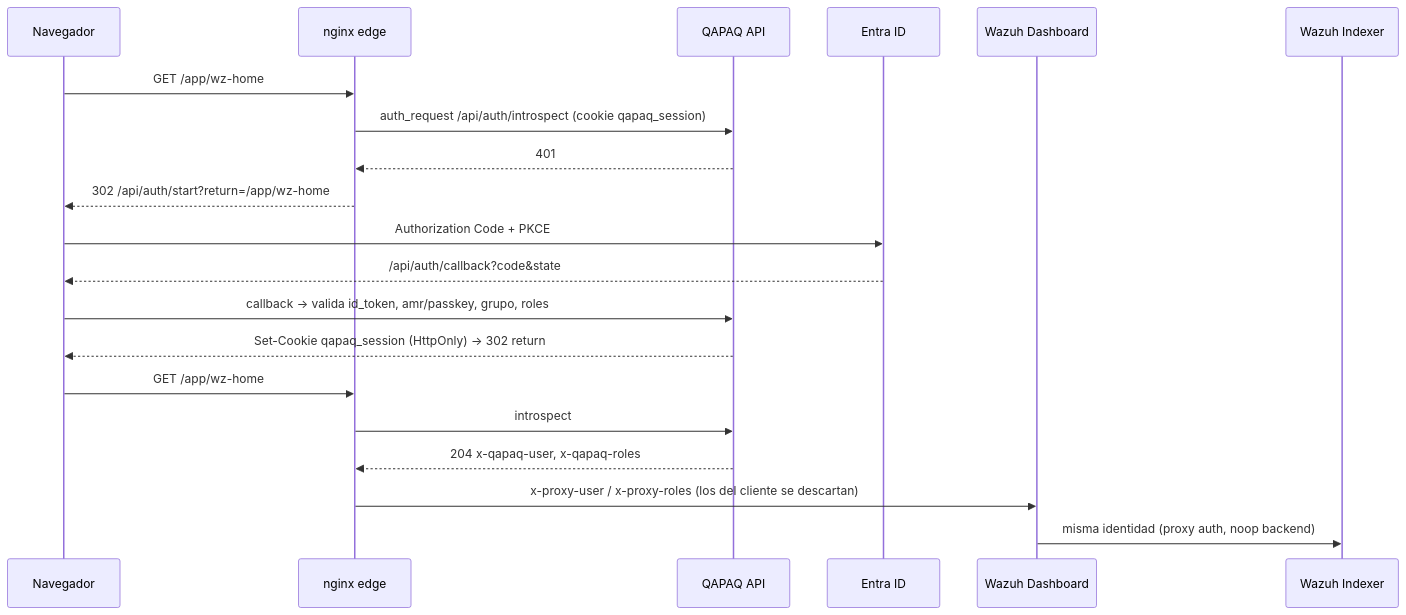
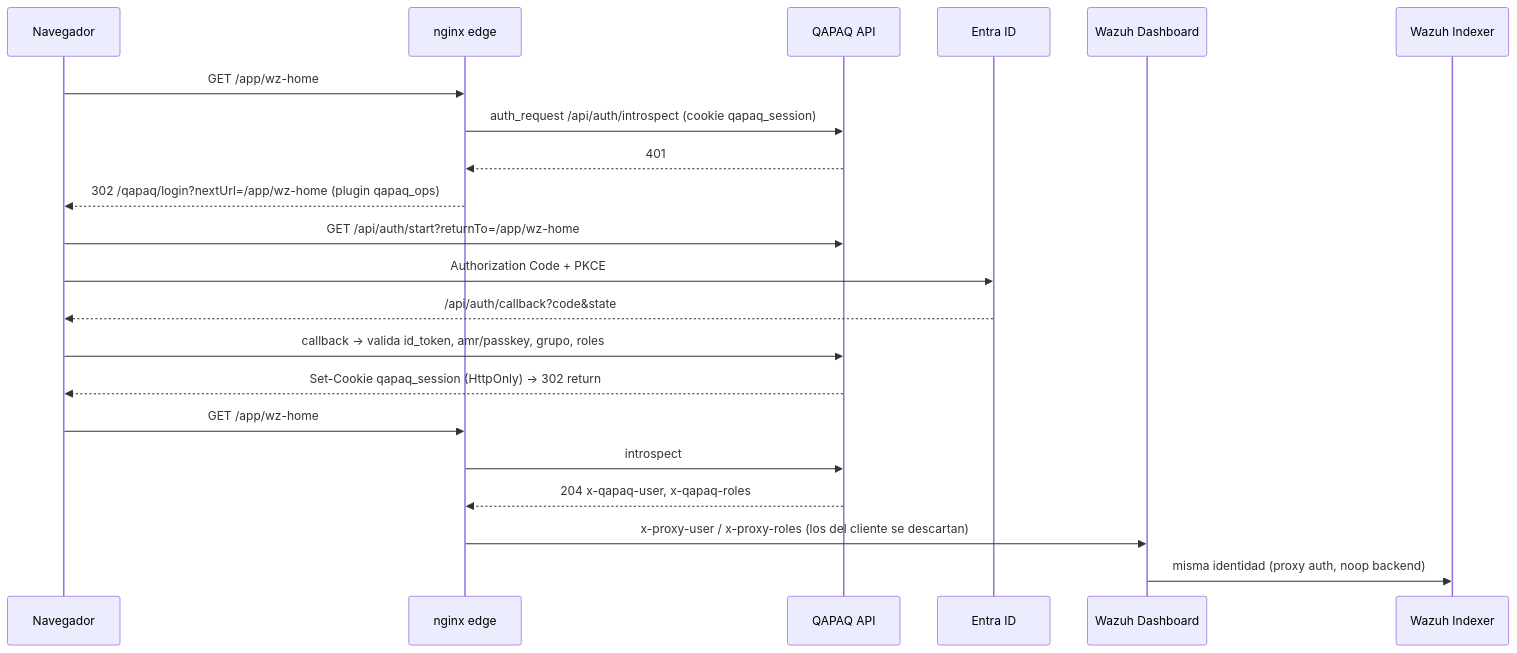
The diagram in docs/04-identidad-y-acceso.md (CyberStill-GmbH/qapaq-secops), drawn with Mermaid before and after one commit. The commit also changed 3 other files, not shown here.

First line of the commit message:
docs(frontend): estado del fork qapaq_ops-dashboard y contrato con la API verificado

````diff
--- a/docs/04-identidad-y-acceso.md
+++ b/docs/04-identidad-y-acceso.md
@@ -13,22 +13,23 @@
 ```mermaid
 sequenceDiagram
   participant B as Navegador
   participant N as nginx edge
   participant Q as QAPAQ API
   participant E as Entra ID
   participant D as Wazuh Dashboard
   participant I as Wazuh Indexer
   B->>N: GET /app/wz-home
   N->>Q: auth_request /api/auth/introspect (cookie qapaq_session)
   Q-->>N: 401
-  N-->>B: 302 /api/auth/start?return=/app/wz-home
+  N-->>B: 302 /qapaq/login?nextUrl=/app/wz-home (plugin qapaq_ops)
+  B->>Q: GET /api/auth/start?returnTo=/app/wz-home
   B->>E: Authorization Code + PKCE
   E-->>B: /api/auth/callback?code&state
   B->>Q: callback → valida id_token, amr/passkey, grupo, roles
   Q-->>B: Set-Cookie qapaq_session (HttpOnly) → 302 return
   B->>N: GET /app/wz-home
   N->>Q: introspect
   Q-->>N: 204 x-qapaq-user, x-qapaq-roles
   N->>D: x-proxy-user / x-proxy-roles (los del cliente se descartan)
   D->>I: misma identidad (proxy auth, noop backend)
 ```
````
